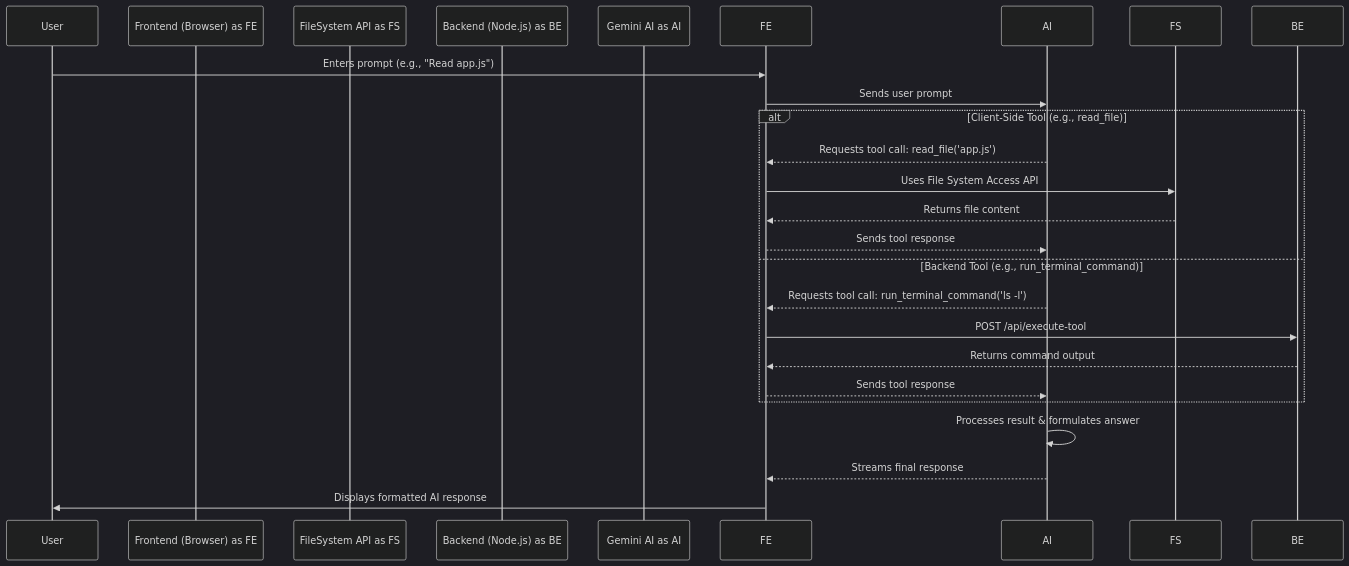
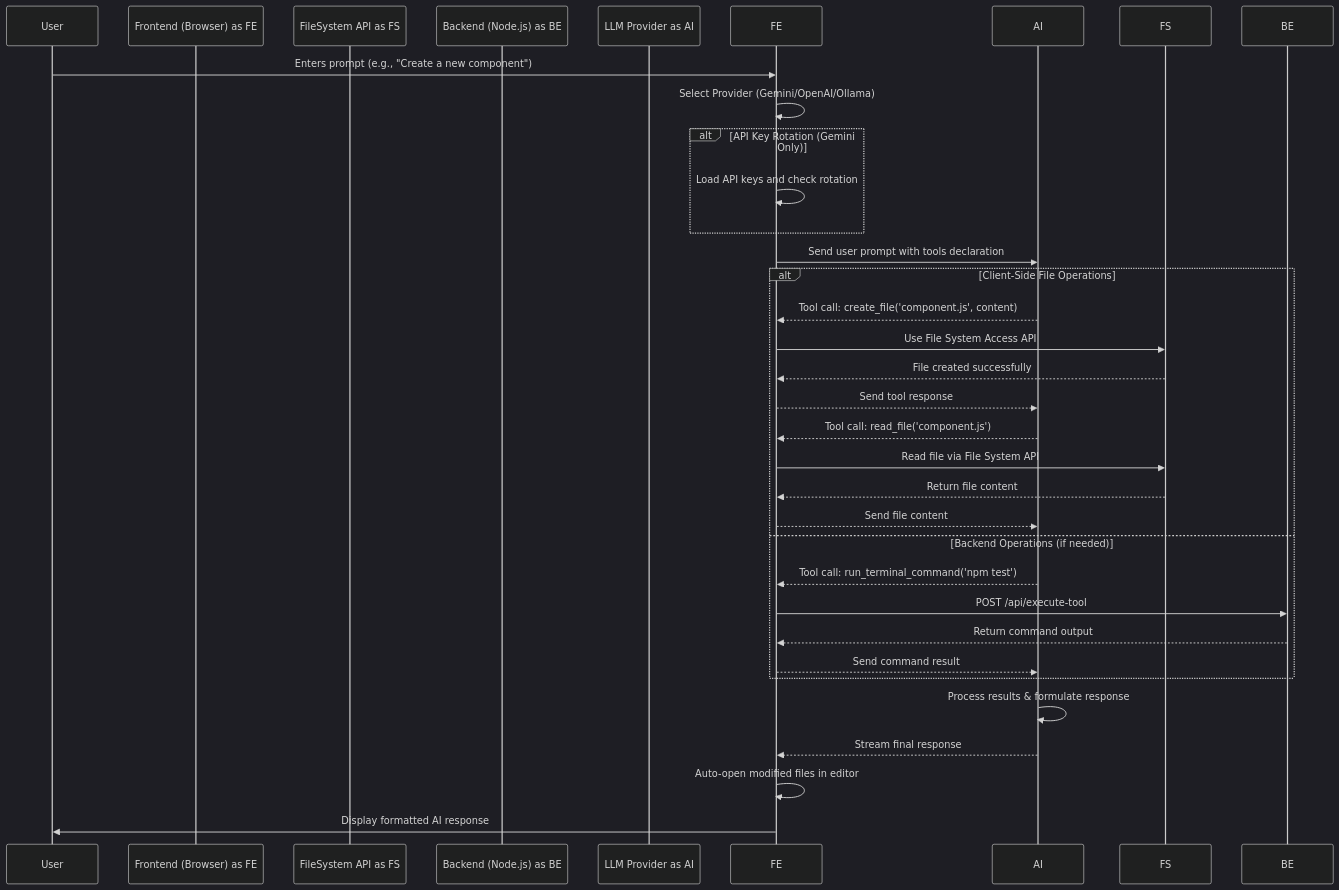
One commit to yapweijun1996/AI-Code-Editor-v14 changed the diagram in README.md. Above: the diagram before and after it, drawn with Mermaid (dark theme). The commit also changed other lines of this file and 4 other files, not shown here.

````diff
--- a/README.md
+++ b/README.md
@@ -64,27 +91,39 @@
 ```mermaid
 sequenceDiagram
     participant User
     participant Frontend (Browser) as FE
     participant FileSystem API as FS
     participant Backend (Node.js) as BE
-    participant Gemini AI as AI
+    participant LLM Provider as AI
 
-    User->>FE: Enters prompt (e.g., "Read app.js")
-    FE->>AI: Sends user prompt
-
-    alt Client-Side Tool (e.g., read_file)
-        AI-->>FE: Requests tool call: read_file('app.js')
-        FE->>FS: Uses File System Access API
-        FS-->>FE: Returns file content
-        FE-->>AI: Sends tool response
-    else Backend Tool (e.g., run_terminal_command)
-        AI-->>FE: Requests tool call: run_terminal_command('ls -l')
+    User->>FE: Enters prompt (e.g., "Create a new component")
+    FE->>FE: Select Provider (Gemini/OpenAI/Ollama)
+    
+    alt API Key Rotation (Gemini Only)
+        FE->>FE: Load API keys and check rotation
+    end
+    
+    FE->>AI: Send user prompt with tools declaration
+    
+    alt Client-Side File Operations
+        AI-->>FE: Tool call: create_file('component.js', content)
+        FE->>FS: Use File System Access API
+        FS-->>FE: File created successfully
+        FE-->>AI: Send tool response
+        
+        AI-->>FE: Tool call: read_file('component.js')
+        FE->>FS: Read file via File System API
+        FS-->>FE: Return file content
+        FE-->>AI: Send file content
+    else Backend Operations (if needed)
+        AI-->>FE: Tool call: run_terminal_command('npm test')
         FE->>BE: POST /api/execute-tool
-        BE-->>FE: Returns command output
-        FE-->>AI: Sends tool response
+        BE-->>FE: Return command output
+        FE-->>AI: Send command result
     end
 
-    AI->>AI: Processes result & formulates answer
-    AI-->>FE: Streams final response
-    FE->>User: Displays formatted AI response
+    AI->>AI: Process results & formulate response
+    AI-->>FE: Stream final response
+    FE->>FE: Auto-open modified files in editor
+    FE->>User: Display formatted AI response
 ```
````
